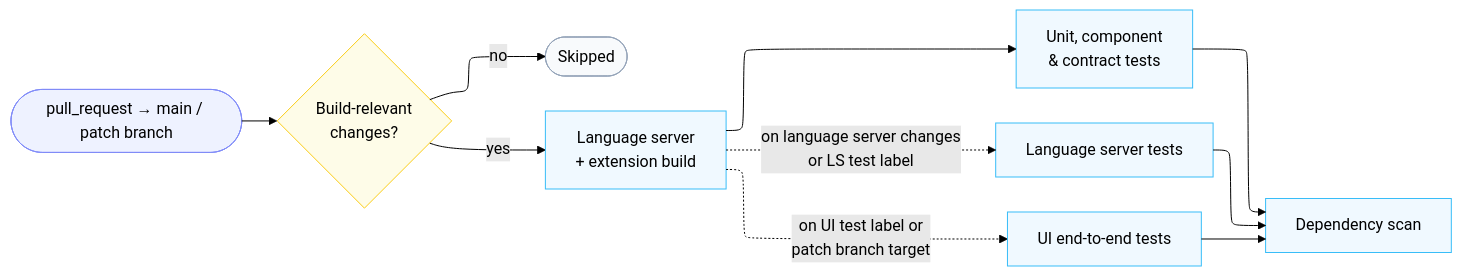
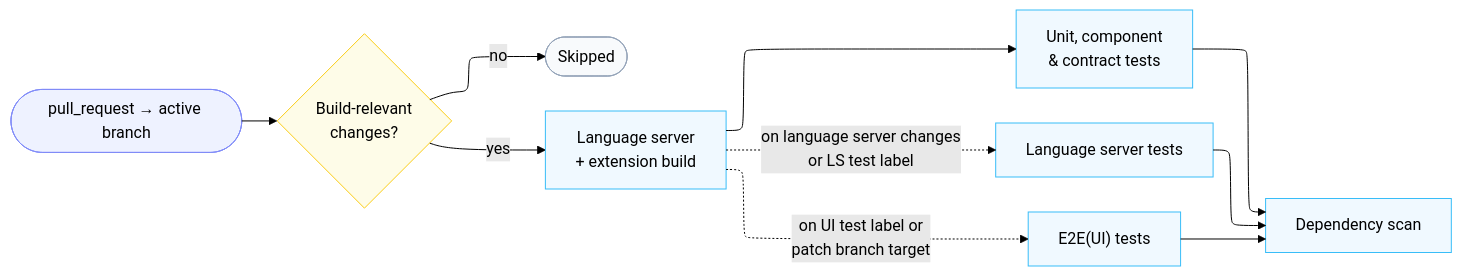
The first of 5 diagrams in docs/cicd-pipelines.md (wso2/product-integrator), drawn with Mermaid (forest theme) before and after one commit. The commit also changed other lines of this file and 4 other files, not shown here.

````diff
--- a/docs/cicd-pipelines.md
+++ b/docs/cicd-pipelines.md
@@ -21,17 +21,17 @@
 ```mermaid
 %%{init: {"layout": "elk"}}%%
 graph LR
-    T(["pull_request → main / patch branch"]):::trigger --> CD{"Build-relevant<br>changes?"}:::gate
+    T(["pull_request → active branch"]):::trigger --> CD{"Build-relevant<br>changes?"}:::gate
     CD -->|no| SK(["Skipped"]):::skip
     CD -->|yes| B["Language server<br>+ extension build"]:::stage
     B --> FT["Unit, component<br>& contract tests"]:::stage
     B -.->|on language server changes<br>or LS test label| LT["Language server tests"]:::stage
-    B -.->|on UI test label or<br>patch branch target| ET["UI end-to-end tests"]:::stage
+    B -.->|on UI test label or<br>patch branch target| ET["E2E(UI) tests"]:::stage
     FT --> SC["Dependency scan"]:::stage
     LT --> SC
     ET --> SC
     classDef trigger stroke:#818cf8,fill:#eef2ff
     classDef stage stroke:#38bdf8,fill:#f0f9ff
     classDef gate stroke:#facc15,fill:#fefce8
     classDef skip stroke:#94a3b8,fill:#f8fafc
 ```
````
